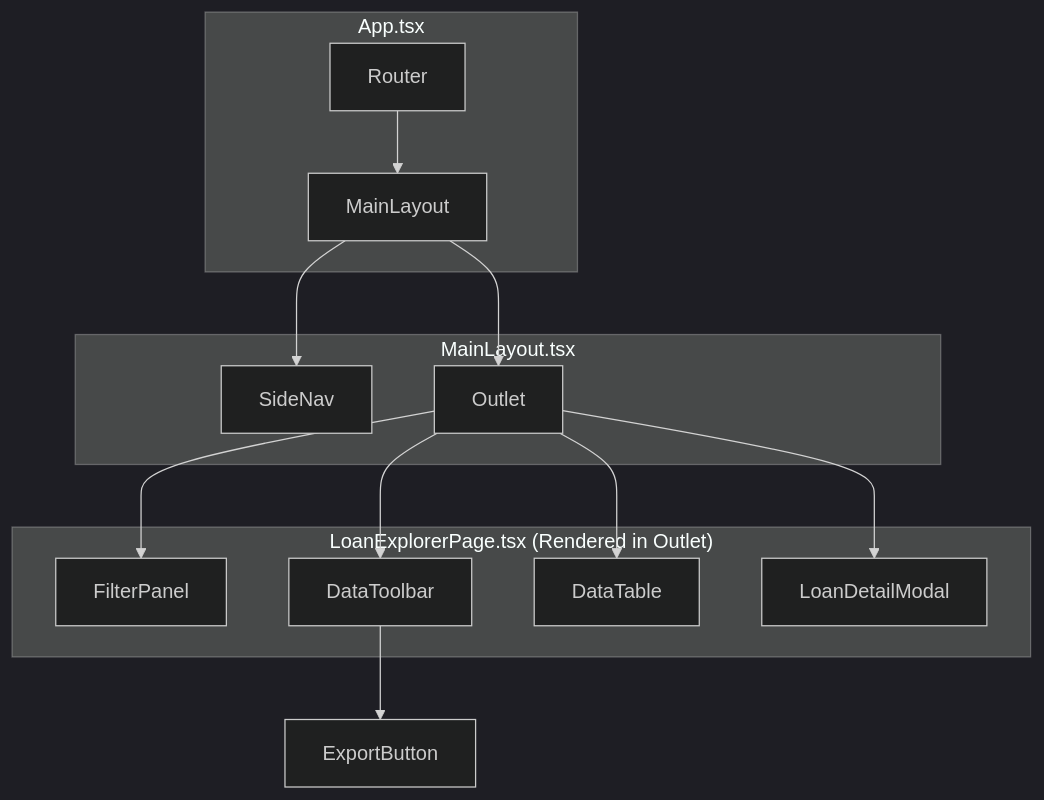
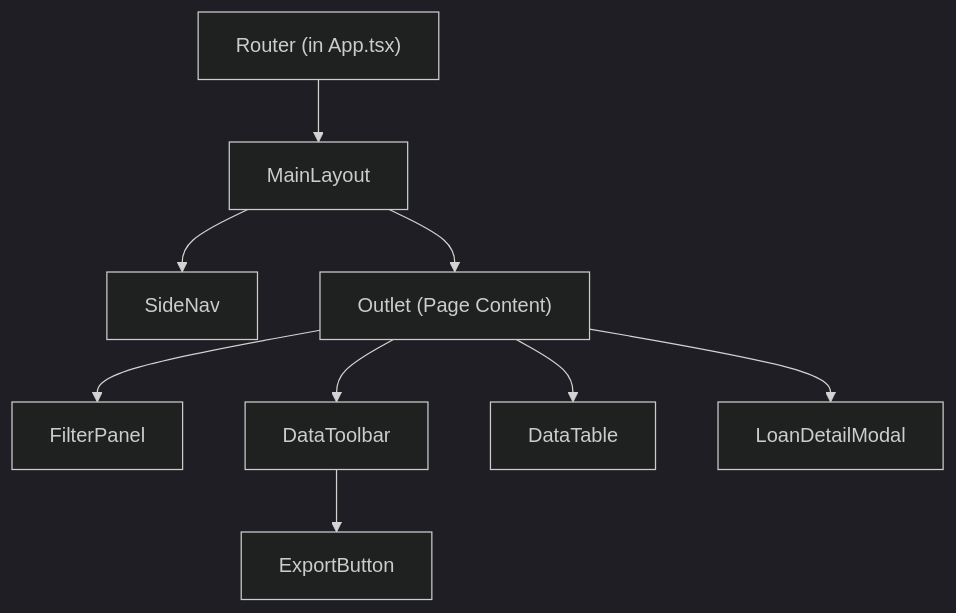
The third of 3 diagrams in TECHNICAL_DOC.md (mbzesq/loanvision), drawn with Mermaid (dark theme) before and after one commit.

Commit message:
docs: update frontend component diagram structure

````diff
--- a/TECHNICAL_DOC.md
+++ b/TECHNICAL_DOC.md
@@ -212,20 +212,11 @@
 ```mermaid
 graph TD
-    subgraph "App.tsx"
-        A["Router"] --> B["MainLayout"];
-    end
-
-    subgraph "MainLayout.tsx"
-        B --> C["SideNav"];
-        B --> D["Outlet"];
-    end
-
-    subgraph "LoanExplorerPage.tsx (Rendered in Outlet)"
-        D --> E["FilterPanel"];
-        D --> F["DataToolbar"];
-        D --> G["DataTable"];
-        D --> H["LoanDetailModal"];
-    end
-
+    A["Router (in App.tsx)"] --> B["MainLayout"];
+    B --> C["SideNav"];
+    B --> D["Outlet (Page Content)"];
+    D --> E["FilterPanel"];
+    D --> F["DataToolbar"];
     F --> I["ExportButton"];
+    D --> G["DataTable"];
+    D --> H["LoanDetailModal"];
 ```
````
